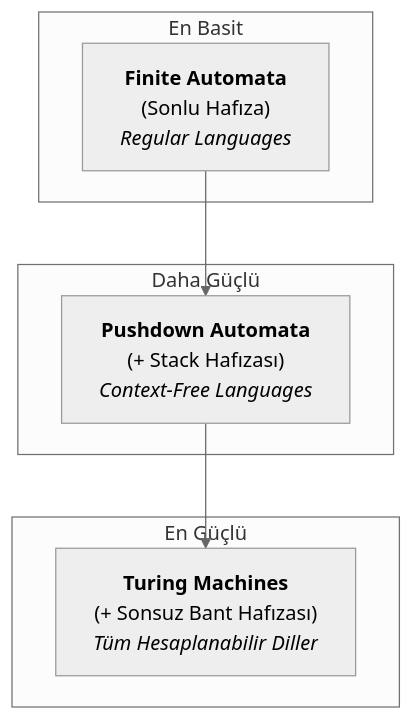
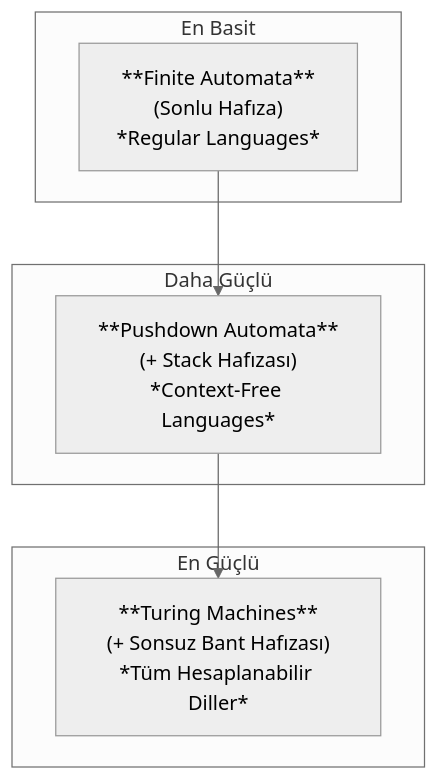
Before and after one commit to tozenbilek/tozenbilek.github.io: the diagram in automata-theory/01-teoriye-giris-ve-temel-kavramlar.md, drawn with Mermaid (neutral theme). The commit also changed 1 other file, not shown here.

Commit message:
Refactor _config.yml to add auxiliary links for the GitHub repository and reorganize Mermaid diagram settings. Update automata theory documentation by enhancing Markdown formatting for diagram labels, replacing HTML tags with Markdown syntax for improved visual clarity and consistency.

````diff
--- a/automata-theory/01-teoriye-giris-ve-temel-kavramlar.md
+++ b/automata-theory/01-teoriye-giris-ve-temel-kavramlar.md
@@ -70,16 +70,16 @@
 ```mermaid
 graph TD
     subgraph "En Basit"
-        A["<b>Finite Automata</b><br>(Sonlu Hafıza)<br><i>Regular Languages</i>"]
+        A["**Finite Automata**<br>(Sonlu Hafıza)<br>*Regular Languages*"]
     end
     
     subgraph "Daha Güçlü"
-        B["<b>Pushdown Automata</b><br>(+ Stack Hafızası)<br><i>Context-Free Languages</i>"]
+        B["**Pushdown Automata**<br>(+ Stack Hafızası)<br>*Context-Free Languages*"]
     end
 
     subgraph "En Güçlü"
-        C["<b>Turing Machines</b><br>(+ Sonsuz Bant Hafızası)<br><i>Tüm Hesaplanabilir Diller</i>"]
+        C["**Turing Machines**<br>(+ Sonsuz Bant Hafızası)<br>*Tüm Hesaplanabilir Diller*"]
     end
 
     A --> B --> C
 ```
````
